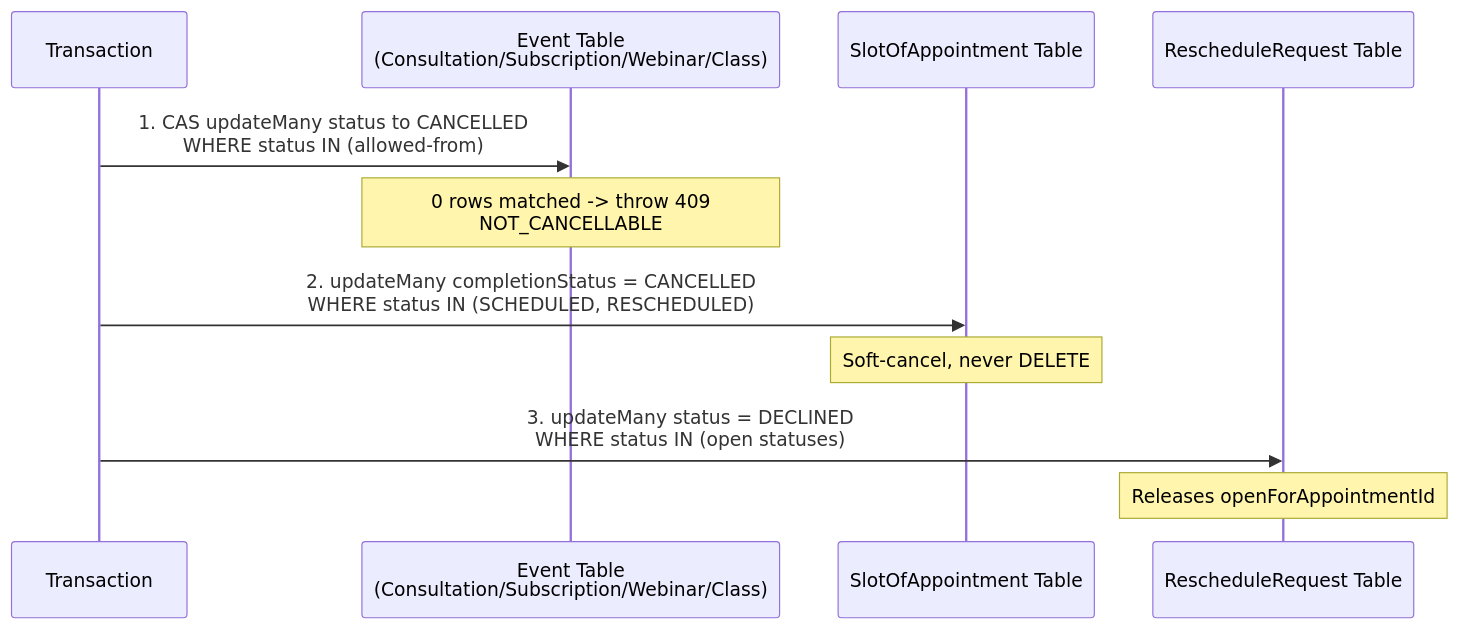
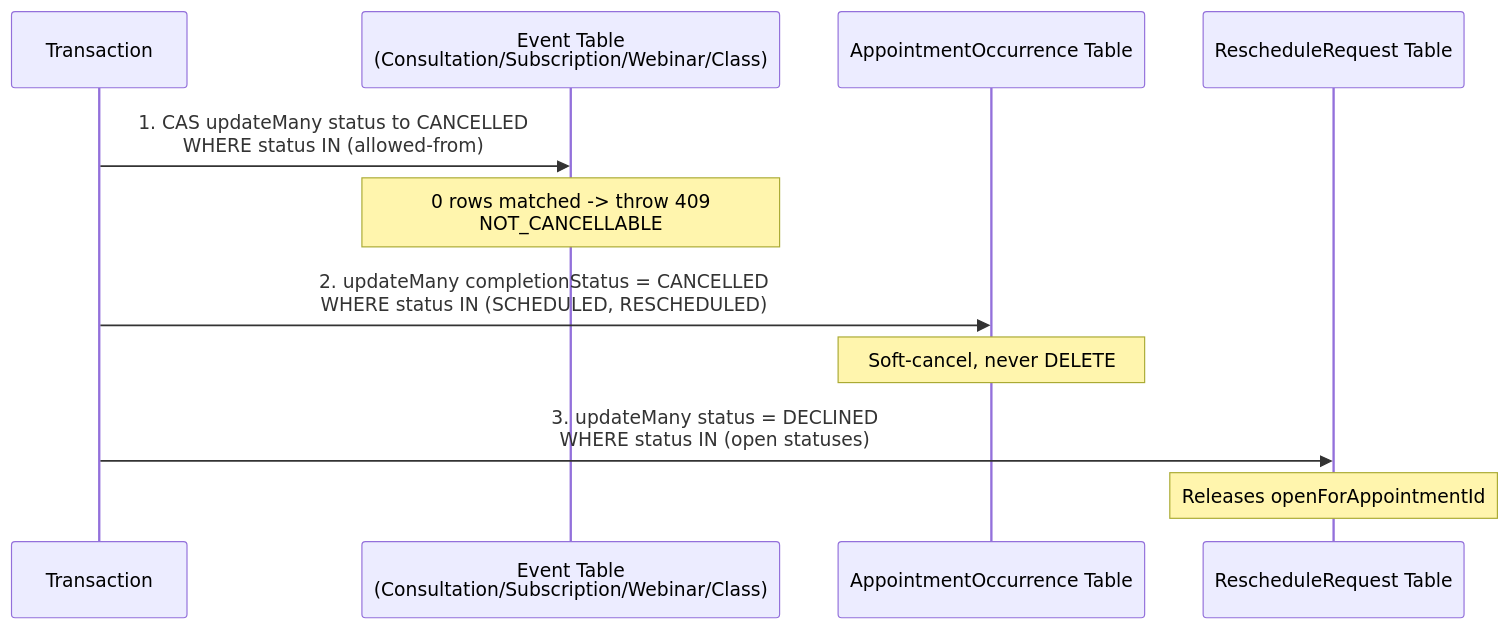
Before and after one commit to Practitionist/familiarise_web: the ninth of 14 diagrams in docs/booking/08-cancellation-flow.md, drawn with Mermaid. The commit also changed other lines of this file and 107 other files, not shown here.

Commit message:
docs(vocabulary): the scheduling glossary, booking, feedback, support, stream and review docs speak AppointmentOccurrence, Meeting and Trial (#1554)

````diff
--- a/docs/booking/08-cancellation-flow.md
+++ b/docs/booking/08-cancellation-flow.md
@@ -947,16 +947,16 @@
 ```mermaid
 sequenceDiagram
     participant TX as Transaction
     participant EventTable as Event Table<br/>(Consultation/Subscription/Webinar/Class)
-    participant SlotTable as SlotOfAppointment Table
+    participant SlotTable as AppointmentOccurrence Table
     participant RRTable as RescheduleRequest Table
 
     TX->>EventTable: 1. CAS updateMany status to CANCELLED<br/>WHERE status IN (allowed-from)
     Note over EventTable: 0 rows matched -> throw 409<br/>NOT_CANCELLABLE
 
     TX->>SlotTable: 2. updateMany completionStatus = CANCELLED<br/>WHERE status IN (SCHEDULED, RESCHEDULED)
     Note over SlotTable: Soft-cancel, never DELETE
 
     TX->>RRTable: 3. updateMany status = DECLINED<br/>WHERE status IN (open statuses)
     Note over RRTable: Releases openForAppointmentId
 ```
````
